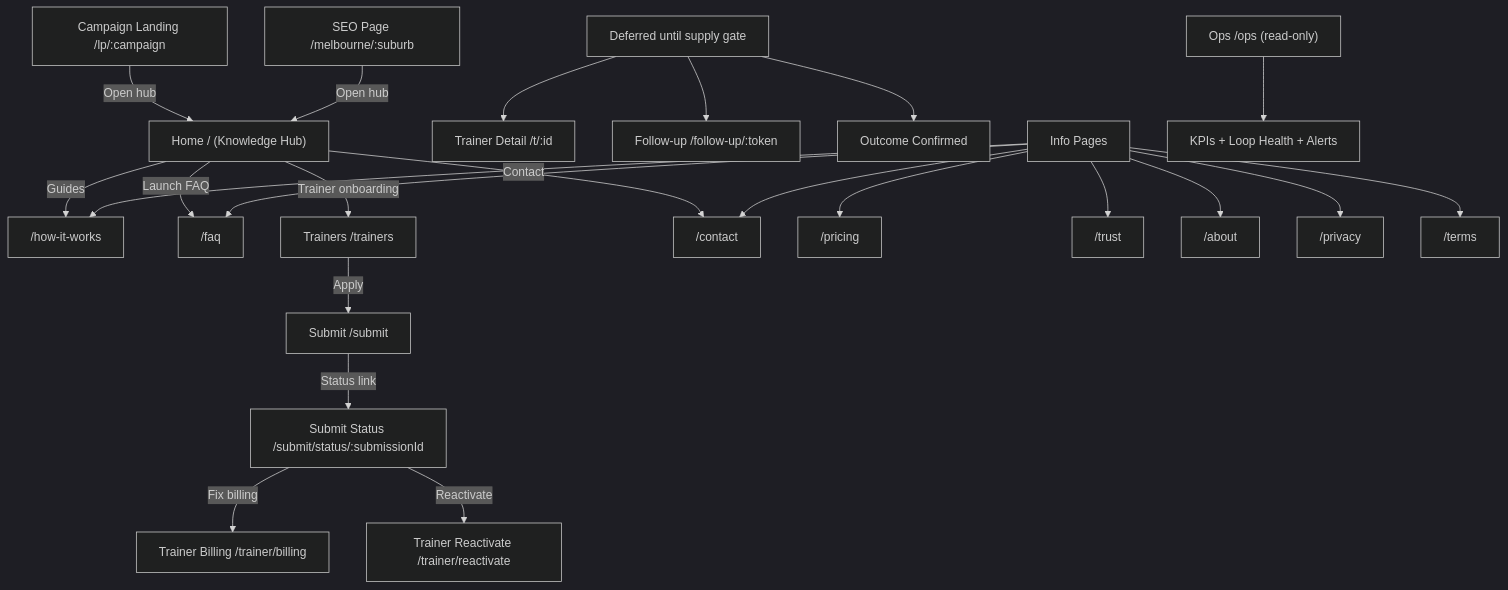
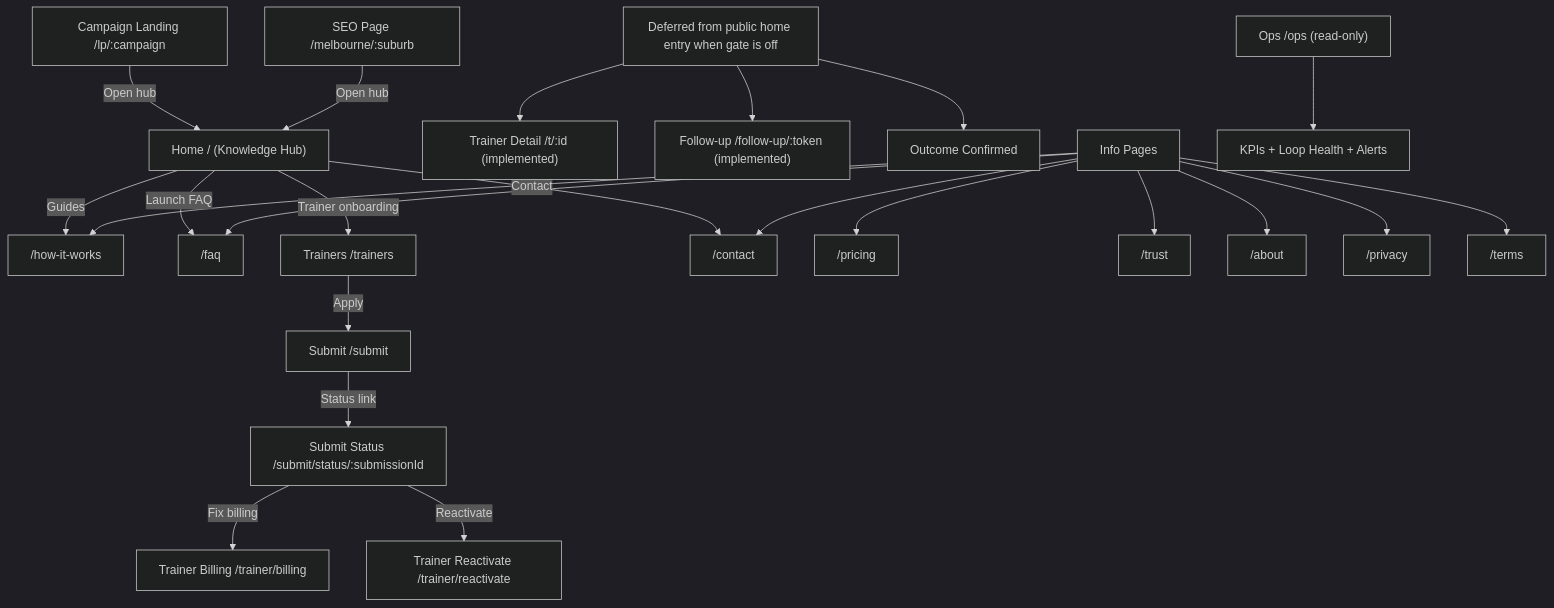
Before and after one commit to carlsuburbmates/dtd: the diagram in docs/COMPLETE_WEBSITE_PAGE_SPEC.md, drawn with Mermaid (dark theme). The commit also changed other lines of this file and 9 other files, not shown here.

````diff
--- a/docs/COMPLETE_WEBSITE_PAGE_SPEC.md
+++ b/docs/COMPLETE_WEBSITE_PAGE_SPEC.md
@@ -40,30 +41,30 @@
 ```mermaid
 flowchart TD
     A["Home / (Knowledge Hub)"] -->|"Guides"| N1["/how-it-works"]
     A -->|"Launch FAQ"| N4["/faq"]
     A -->|"Trainer onboarding"| G["Trainers /trainers"]
     A -->|"Contact"| N6["/contact"]
 
     G -->|"Apply"| H["Submit /submit"]
     H -->|"Status link"| I["Submit Status /submit/status/:submissionId"]
     I -->|"Fix billing"| J["Trainer Billing /trainer/billing"]
     I -->|"Reactivate"| K["Trainer Reactivate /trainer/reactivate"]
 
     L["Campaign Landing /lp/:campaign"] -->|"Open hub"| A
     M["SEO Page /melbourne/:suburb"] -->|"Open hub"| A
 
-    X["Deferred until supply gate"] --> C["Trainer Detail /t/:id"]
-    X --> F["Follow-up /follow-up/:token"]
+    X["Deferred from public home entry when gate is off"] --> C["Trainer Detail /t/:id (implemented)"]
+    X --> F["Follow-up /follow-up/:token (implemented)"]
     X --> E["Outcome Confirmed"]
 
     N["Info Pages"] --> N1["/how-it-works"]
     N --> N2["/pricing"]
     N --> N3["/trust"]
     N --> N4["/faq"]
     N --> N5["/about"]
     N --> N6["/contact"]
     N --> N7["/privacy"]
     N --> N8["/terms"]
 
     O["Ops /ops (read-only)"] --> O1["KPIs + Loop Health + Alerts"]
 ```
````
